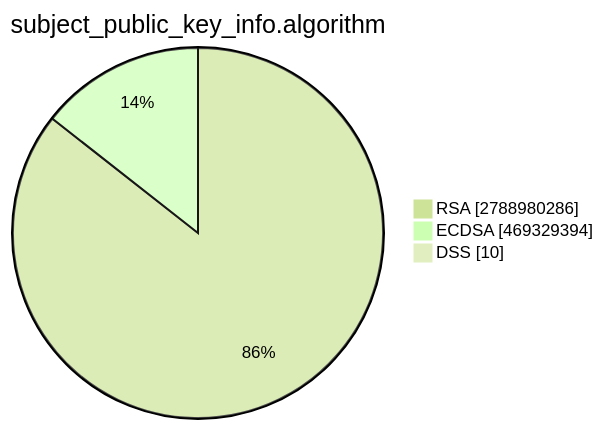
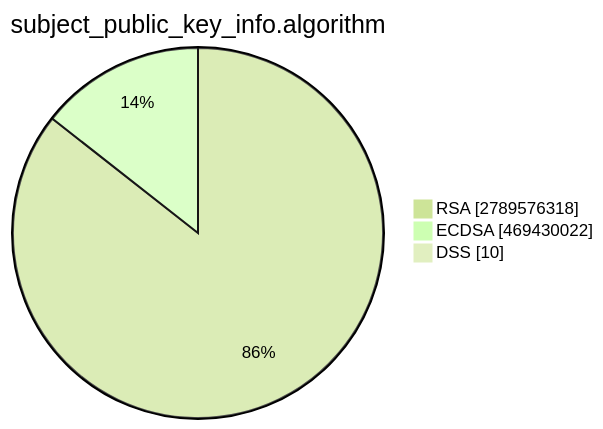
Before and after one commit to christiankrug/ctmonitor_visualization: the second of 15 diagrams in TOTAL/README.md, drawn with Mermaid (forest theme). The commit also changed other lines of this file, not shown here.

````diff
--- a/TOTAL/README.md
+++ b/TOTAL/README.md
@@ -6,7 +6,7 @@
 ```mermaid
 pie showData
 title subject_public_key_info.algorithm
-"RSA" :2788980286
-"ECDSA" :469329394
+"RSA" :2789576318
+"ECDSA" :469430022
 "DSS" :10
 ```
````
